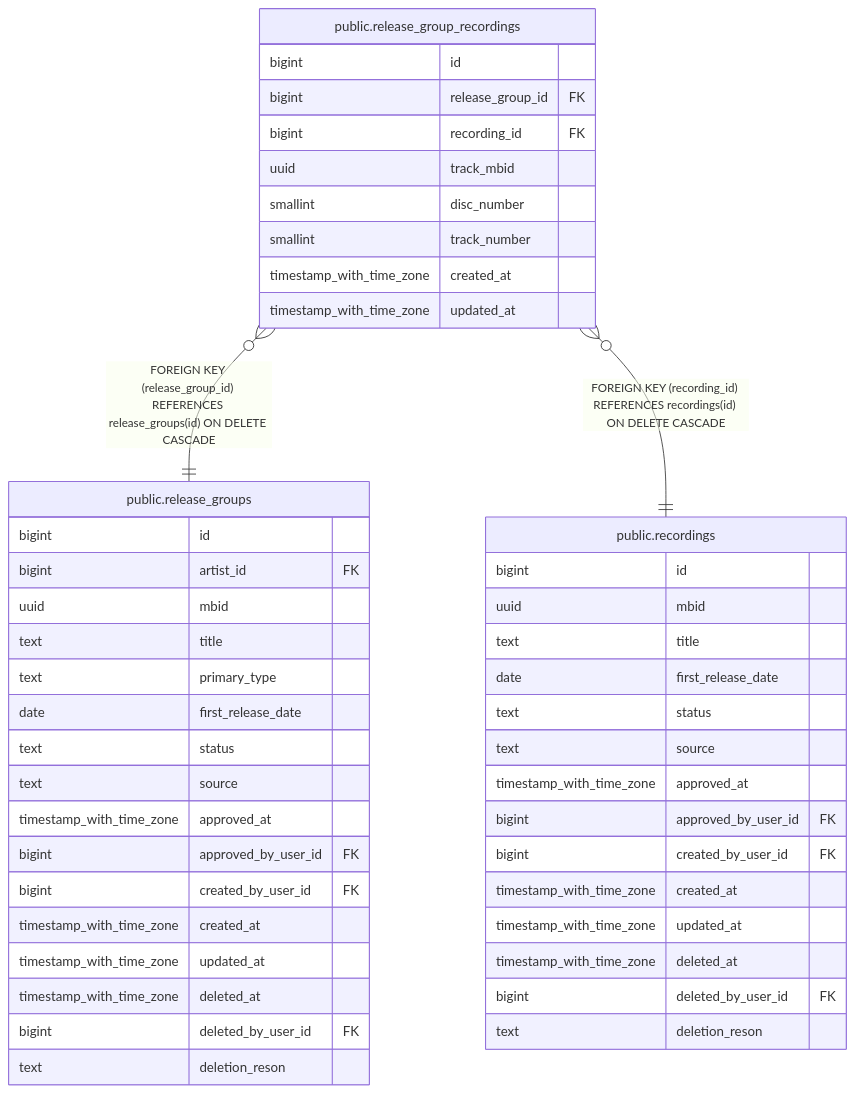
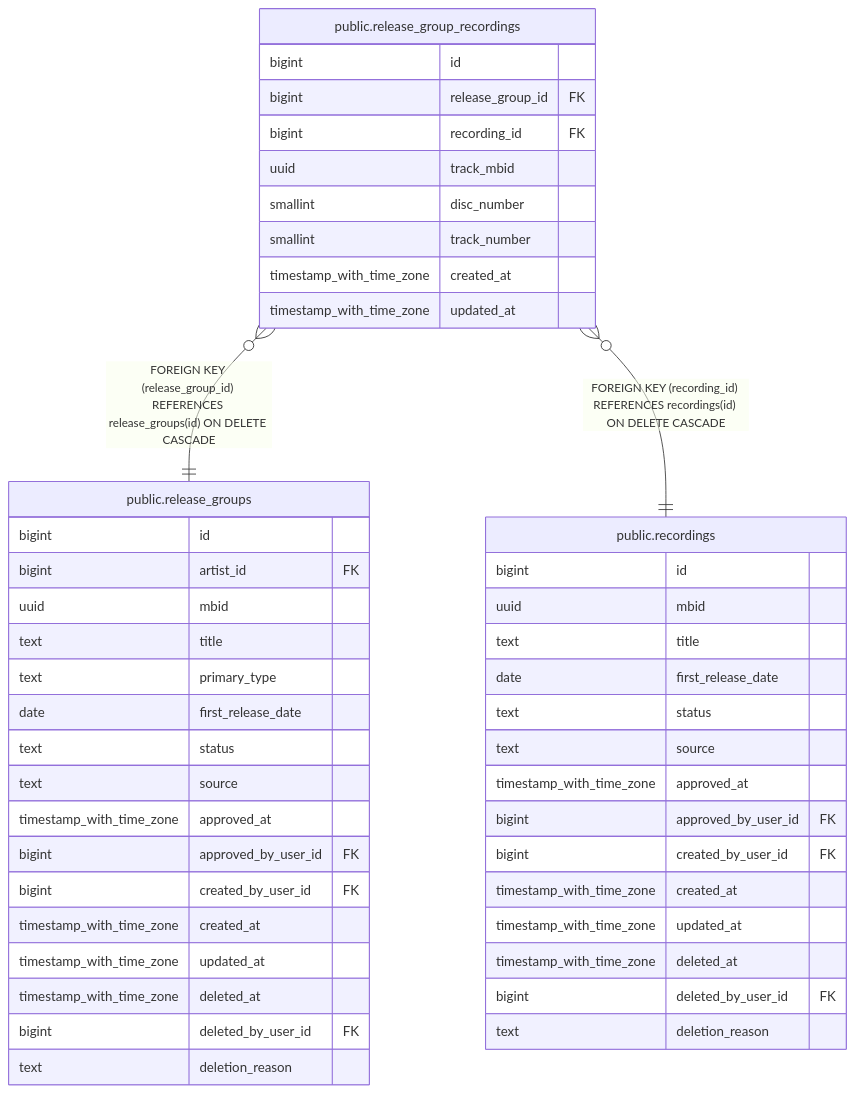
Before and after one commit to nagokos/livejuke: the diagram in api/docs/schema/public.release_group_recordings.md, drawn with Mermaid. The commit also changed 22 other files, not shown here.

````diff
--- a/api/docs/schema/public.release_group_recordings.md
+++ b/api/docs/schema/public.release_group_recordings.md
@@ -46,51 +46,51 @@
 ```mermaid
 erDiagram
 
 "public.release_group_recordings" }o--|| "public.release_groups" : "FOREIGN KEY (release_group_id) REFERENCES release_groups(id) ON DELETE CASCADE"
 "public.release_group_recordings" }o--|| "public.recordings" : "FOREIGN KEY (recording_id) REFERENCES recordings(id) ON DELETE CASCADE"
 
 "public.release_group_recordings" {
   bigint id
   bigint release_group_id FK
   bigint recording_id FK
   uuid track_mbid
   smallint disc_number
   smallint track_number
   timestamp_with_time_zone created_at
   timestamp_with_time_zone updated_at
 }
 "public.release_groups" {
   bigint id
   bigint artist_id FK
   uuid mbid
   text title
   text primary_type
   date first_release_date
   text status
   text source
   timestamp_with_time_zone approved_at
   bigint approved_by_user_id FK
   bigint created_by_user_id FK
   timestamp_with_time_zone created_at
   timestamp_with_time_zone updated_at
   timestamp_with_time_zone deleted_at
   bigint deleted_by_user_id FK
-  text deletion_reson
+  text deletion_reason
 }
 "public.recordings" {
   bigint id
   uuid mbid
   text title
   date first_release_date
   text status
   text source
   timestamp_with_time_zone approved_at
   bigint approved_by_user_id FK
   bigint created_by_user_id FK
   timestamp_with_time_zone created_at
   timestamp_with_time_zone updated_at
   timestamp_with_time_zone deleted_at
   bigint deleted_by_user_id FK
-  text deletion_reson
+  text deletion_reason
 }
 ```
````
